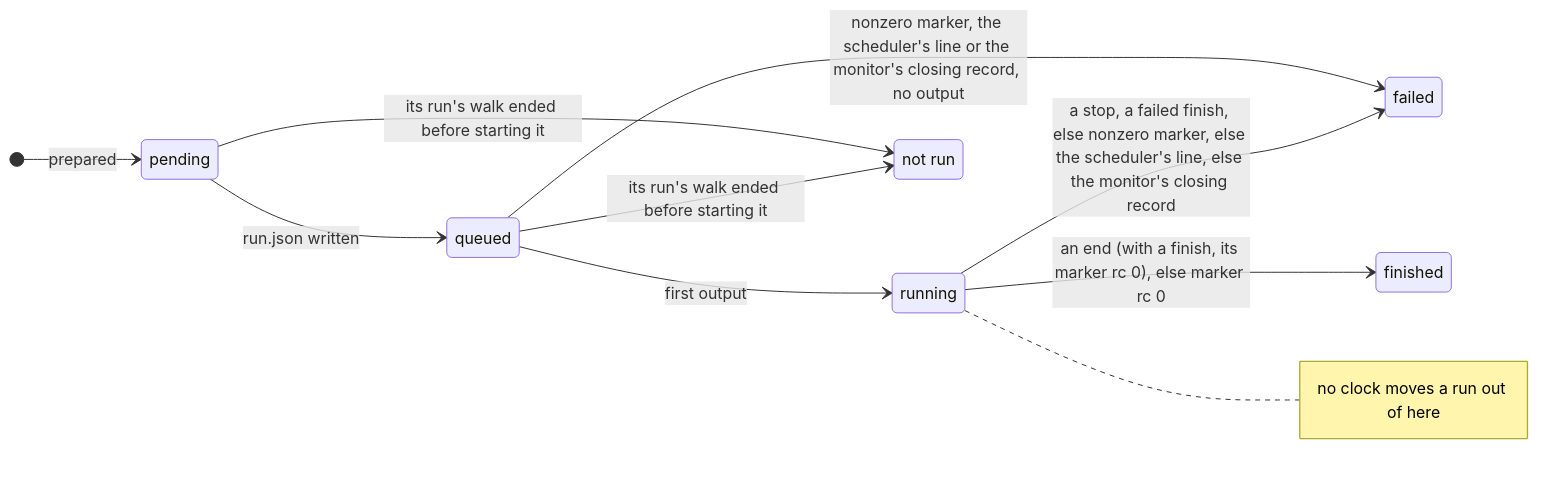
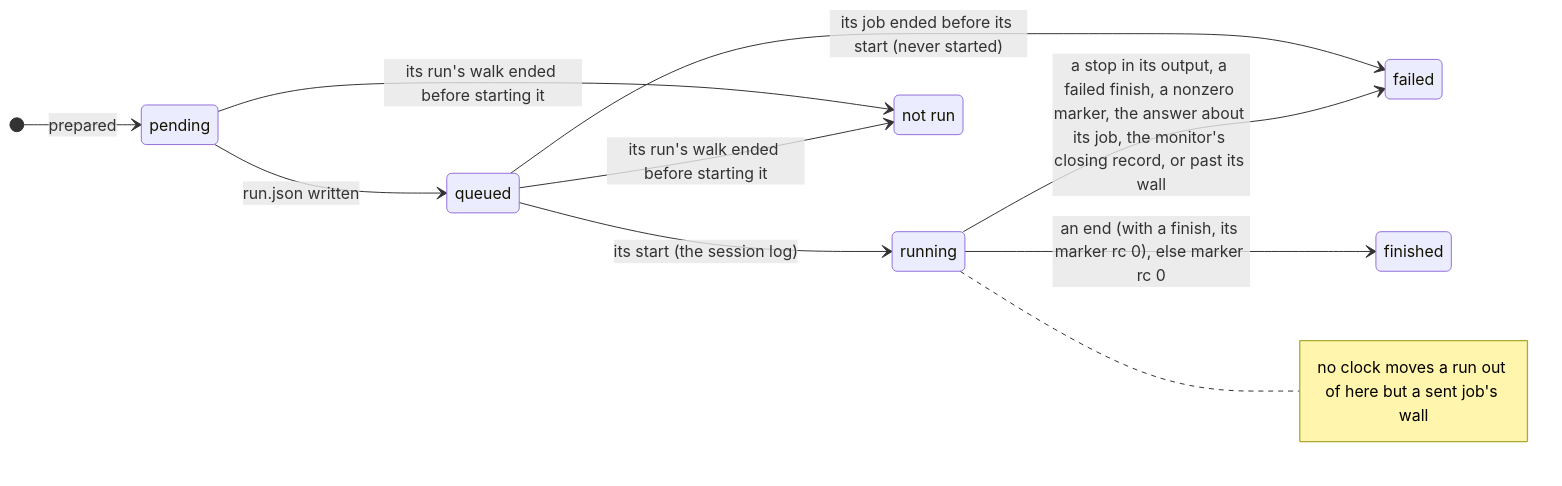
One commit to Qing-LAB/molbuilder changed the fourth of 6 diagrams in docs/execution/running-a-job.md. Above: the diagram before and after it, drawn with Mermaid. The commit also changed other lines of this file and 47 other files, not shown here.

````diff
--- a/docs/execution/running-a-job.md
+++ b/docs/execution/running-a-job.md
@@ -935,14 +980,14 @@
 ```mermaid
 stateDiagram-v2
     direction LR
     [*] --> pending: prepared
     pending --> queued: run.json written
-    queued --> running: first output
-    queued --> failed: nonzero marker, the scheduler's line or the monitor's closing record, no output
+    queued --> running: its start (the session log)
+    queued --> failed: its job ended before its start (never started)
     running --> finished: an end (with a finish, its marker rc 0), else marker rc 0
-    running --> failed: a stop, a failed finish, else nonzero marker, else the scheduler's line, else the monitor's closing record
+    running --> failed: a stop in its output, a failed finish, a nonzero marker, the answer about its job, the monitor's closing record, or past its wall
     pending --> notrun: its run's walk ended before starting it
     queued --> notrun: its run's walk ended before starting it
     notrun: not run
-    note right of running: no clock moves a run out of here
+    note right of running: no clock moves a run out of here but a sent job's wall
 ```
````
